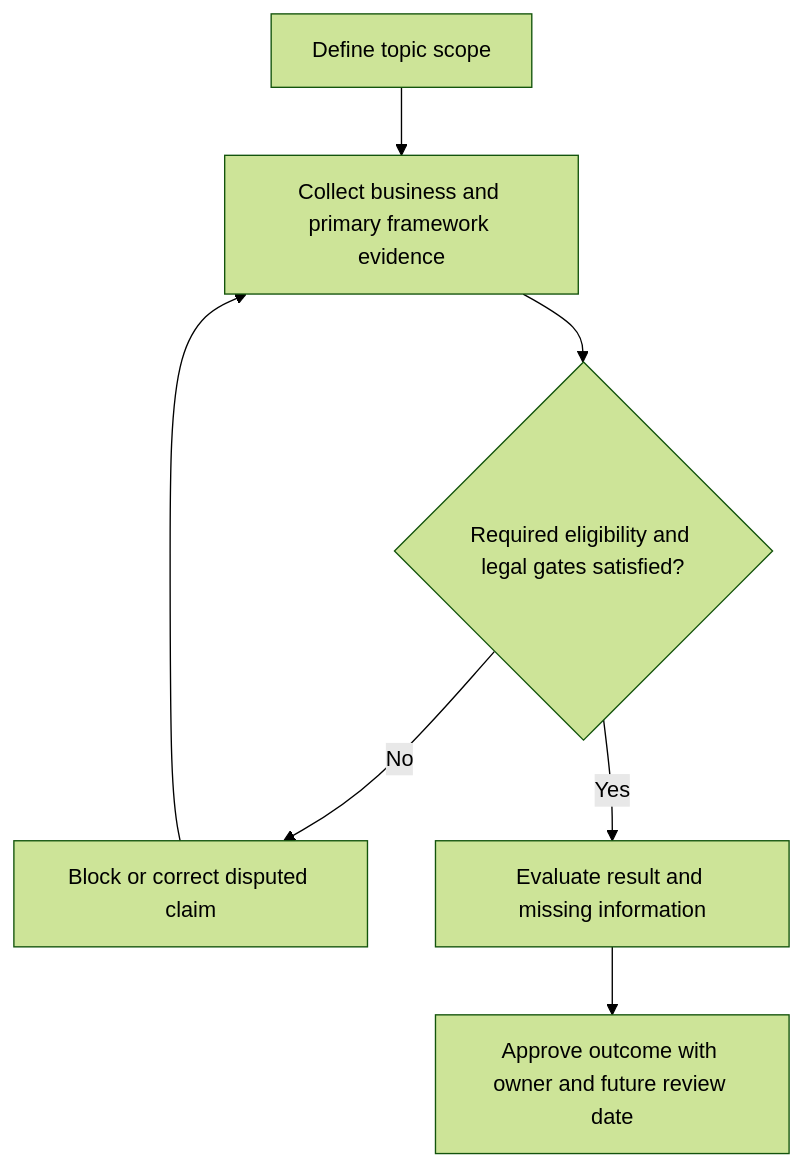
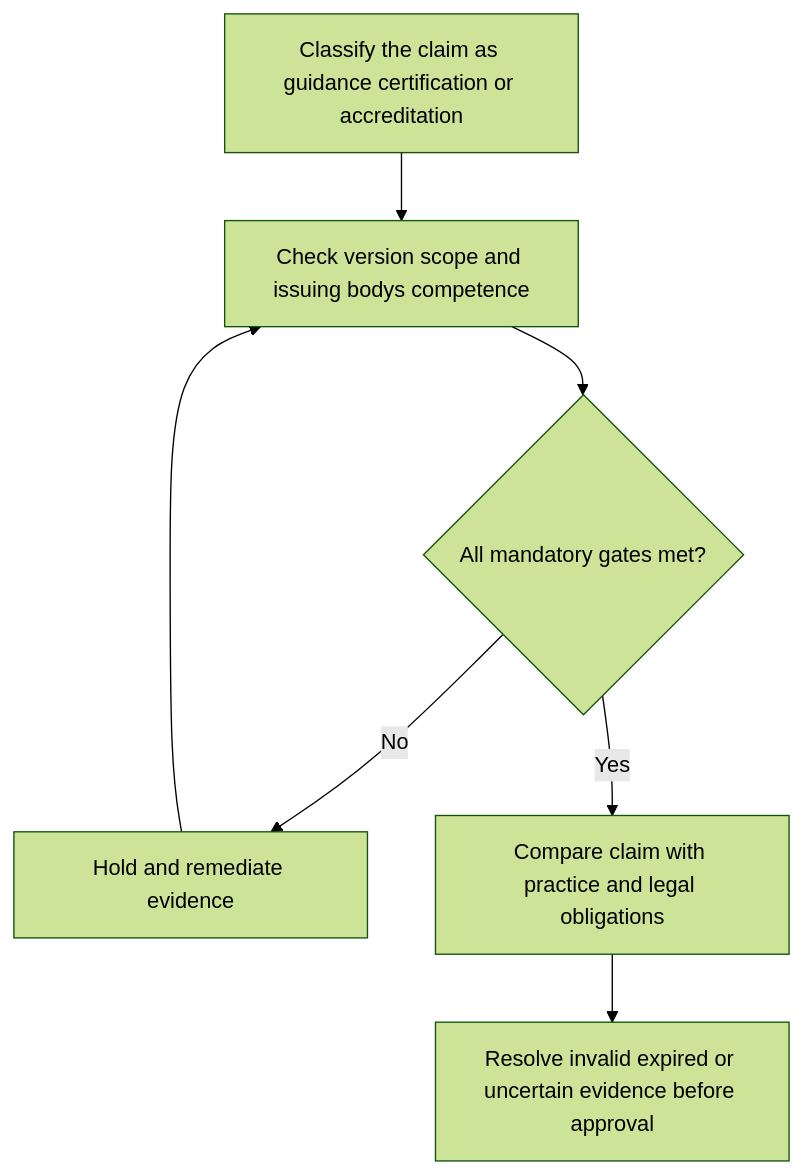
The diagram in 08-optimization-sustainability-technology/section-b-sustainability/11-iso-26000-sa8000-ansi-z10-and-assurance.md (theleanx/SupplyChain-Design-Notes), drawn with Mermaid (forest theme) before and after one commit. The commit also changed other lines of this file and 11 other files, not shown here.

````diff
--- a/08-optimization-sustainability-technology/section-b-sustainability/11-iso-26000-sa8000-ansi-z10-and-assurance.md
+++ b/08-optimization-sustainability-technology/section-b-sustainability/11-iso-26000-sa8000-ansi-z10-and-assurance.md
@@ -42,9 +42,9 @@
 ```mermaid
 flowchart TD
-    A[Define topic scope] --> B[Collect business and primary framework evidence]
-    B --> C{Required eligibility and legal gates satisfied?}
-    C -- No --> D[Block or correct disputed claim]
+    A[Classify the claim as guidance certification or accreditation] --> B[Check version scope and issuing bodys competence]
+    B --> C{All mandatory gates met?}
+    C -- No --> D[Hold and remediate evidence]
     D --> B
-    C -- Yes --> E[Evaluate result and missing information]
-    E --> F[Approve outcome with owner and future review date]
+    C -- Yes --> E[Compare claim with practice and legal obligations]
+    E --> F[Resolve invalid expired or uncertain evidence before approval]
 ```
````
